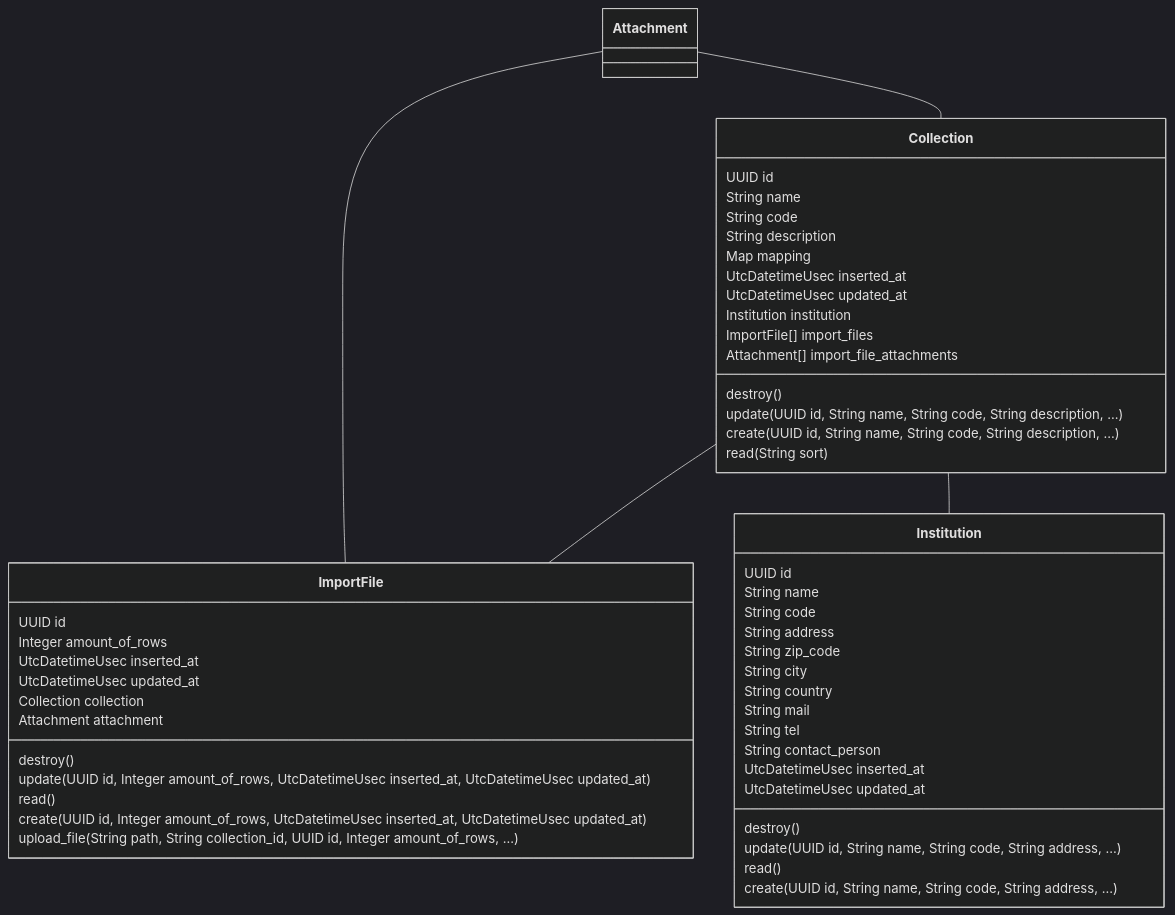
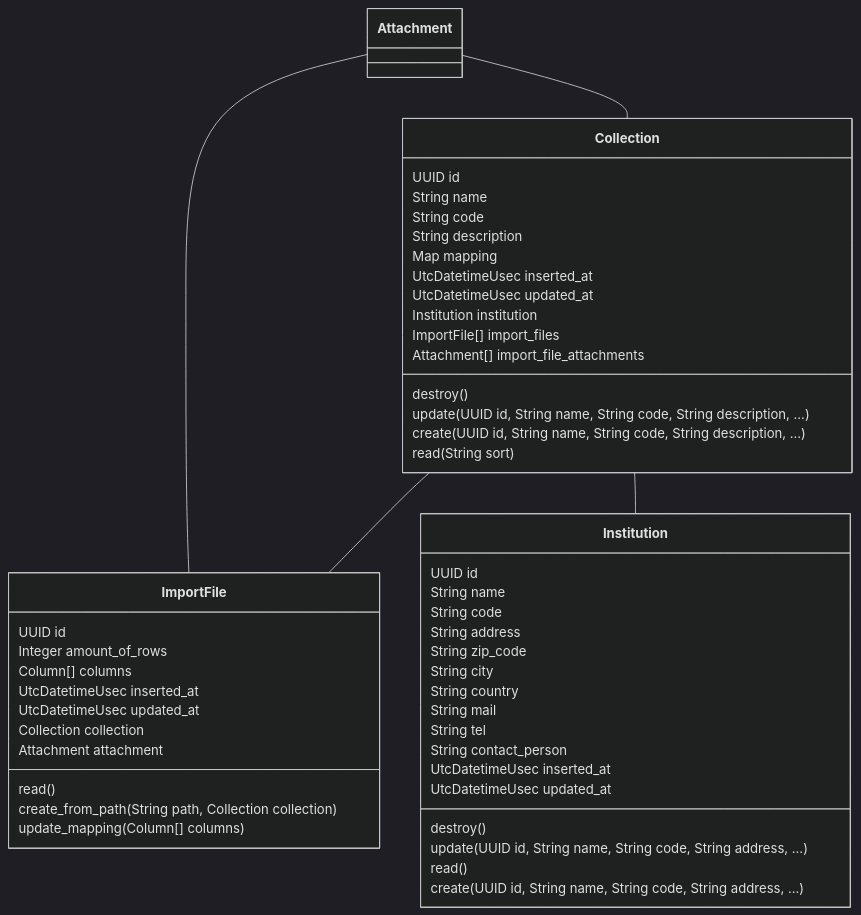
One commit to zebbra/data_aggregator changed the diagram in lib/data_aggregator/platform/platform-mermaid-class-diagram.md. Above: the diagram before and after it, drawn with Mermaid (dark theme). The commit also changed 16 other files, not shown here.

````diff
--- a/lib/data_aggregator/platform/platform-mermaid-class-diagram.md
+++ b/lib/data_aggregator/platform/platform-mermaid-class-diagram.md
@@ -1,56 +1,55 @@
 ```mermaid
 classDiagram
     class Institution {
         UUID id
         String name
         String code
         String address
         String zip_code
         String city
         String country
         String mail
         String tel
         String contact_person
         UtcDatetimeUsec inserted_at
         UtcDatetimeUsec updated_at
         destroy()
         update(UUID id, String name, String code, String address, ...)
         read()
         create(UUID id, String name, String code, String address, ...)
     }
     class Collection {
         UUID id
         String name
         String code
         String description
         Map mapping
         UtcDatetimeUsec inserted_at
         UtcDatetimeUsec updated_at
         Institution institution
         ImportFile[] import_files
         Attachment[] import_file_attachments
         destroy()
         update(UUID id, String name, String code, String description, ...)
         create(UUID id, String name, String code, String description, ...)
         read(String sort)
     }
     class ImportFile {
         UUID id
         Integer amount_of_rows
+        Column[] columns
         UtcDatetimeUsec inserted_at
         UtcDatetimeUsec updated_at
         Collection collection
         Attachment attachment
-        destroy()
-        update(UUID id, Integer amount_of_rows, UtcDatetimeUsec inserted_at, UtcDatetimeUsec updated_at)
         read()
-        create(UUID id, Integer amount_of_rows, UtcDatetimeUsec inserted_at, UtcDatetimeUsec updated_at)
-        upload_file(String path, String collection_id, UUID id, Integer amount_of_rows, ...)
+        create_from_path(String path, Collection collection)
+        update_mapping(Column[] columns)
     }
 
     Attachment -- Collection
     Attachment -- ImportFile
     Collection -- ImportFile
     Collection -- Institution
 
 ```
````
